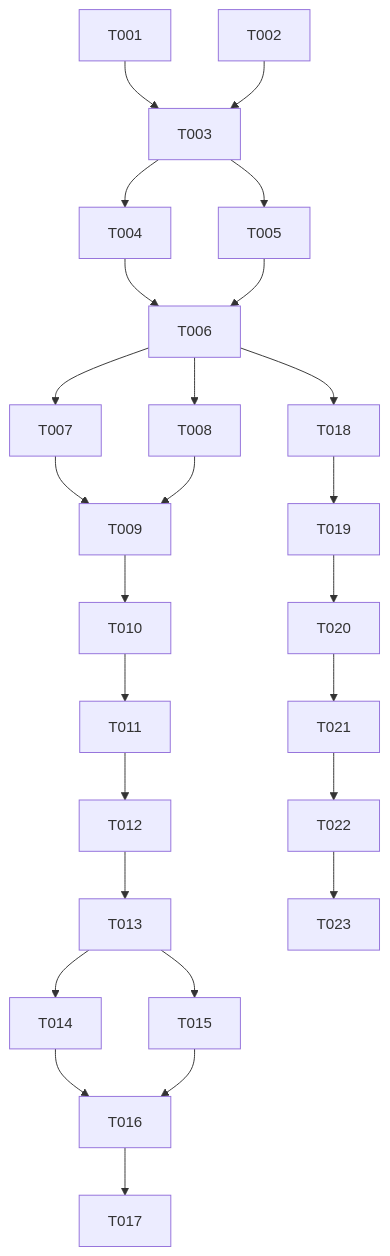
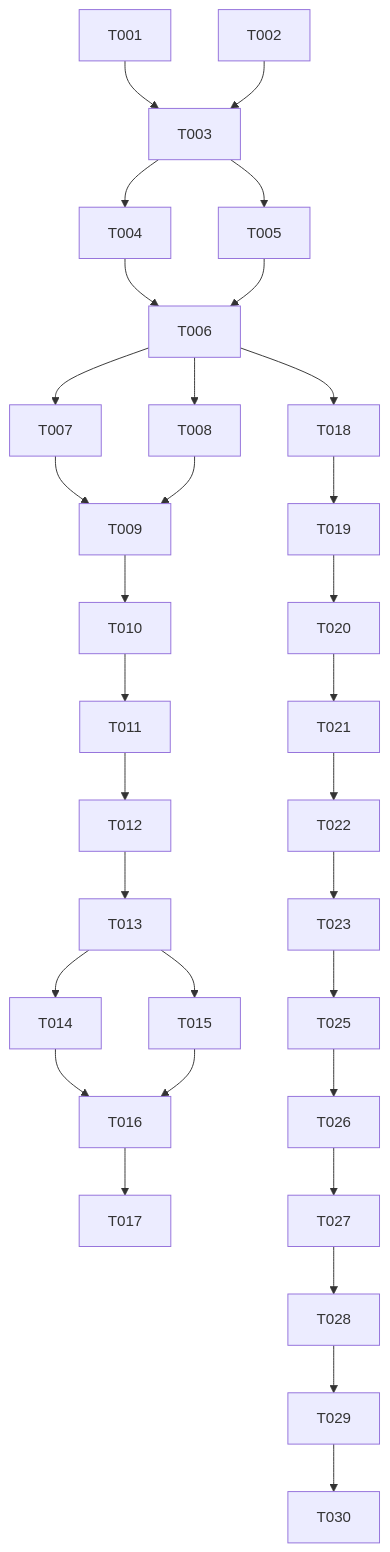
Before and after one commit to wquispe2203/TALLER-SISTEMAS: the diagram in .specify/memory/tasks.md, drawn with Mermaid. The commit also changed other lines of this file and 16 other files, not shown here.

````diff
--- a/.specify/memory/tasks.md
+++ b/.specify/memory/tasks.md
@@ -102,21 +113,27 @@
 ```mermaid
 graph TD
     T001 & T002 --> T003
     T003 --> T004 & T005
     T004 & T005 --> T006
     T006 --> T007 & T008
     T007 & T008 --> T009
     T009 --> T010
     T010 --> T011
     T011 --> T012
     T012 --> T013
     T013 --> T014 & T015
     T014 & T015 --> T016
     T016 --> T017
     T006 --> T018
     T018 --> T019
     T019 --> T020
     T020 --> T021
     T021 --> T022
     T022 --> T023
+    T023 --> T025
+    T025 --> T026
+    T026 --> T027
+    T027 --> T028
+    T028 --> T029
+    T029 --> T030
 ```
````
